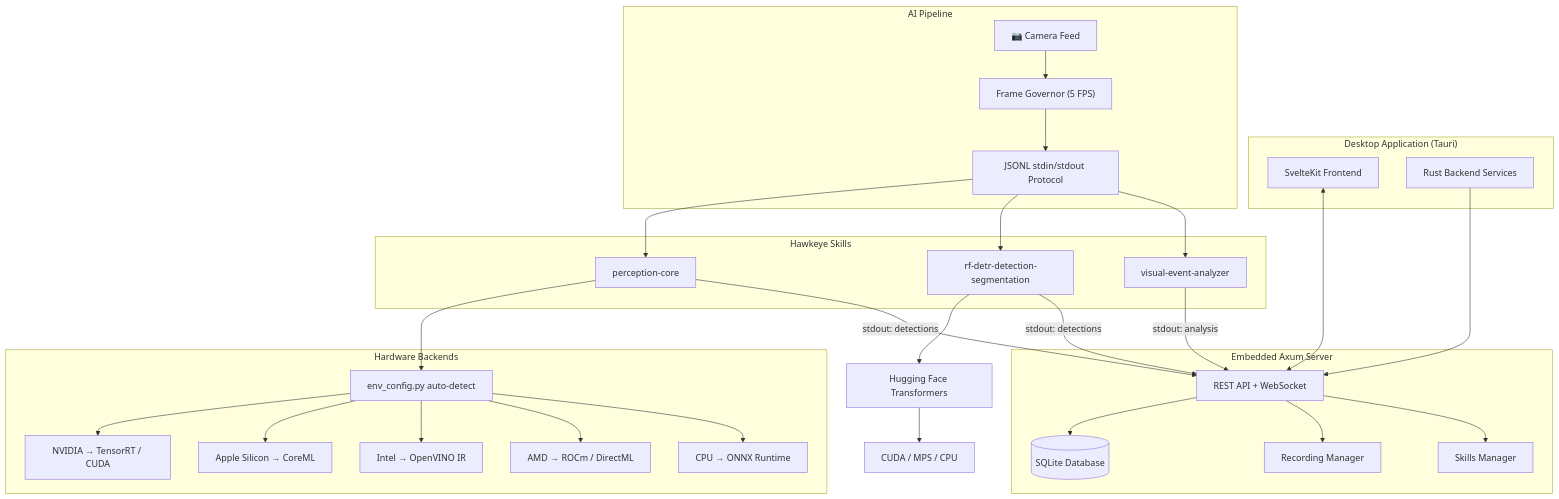
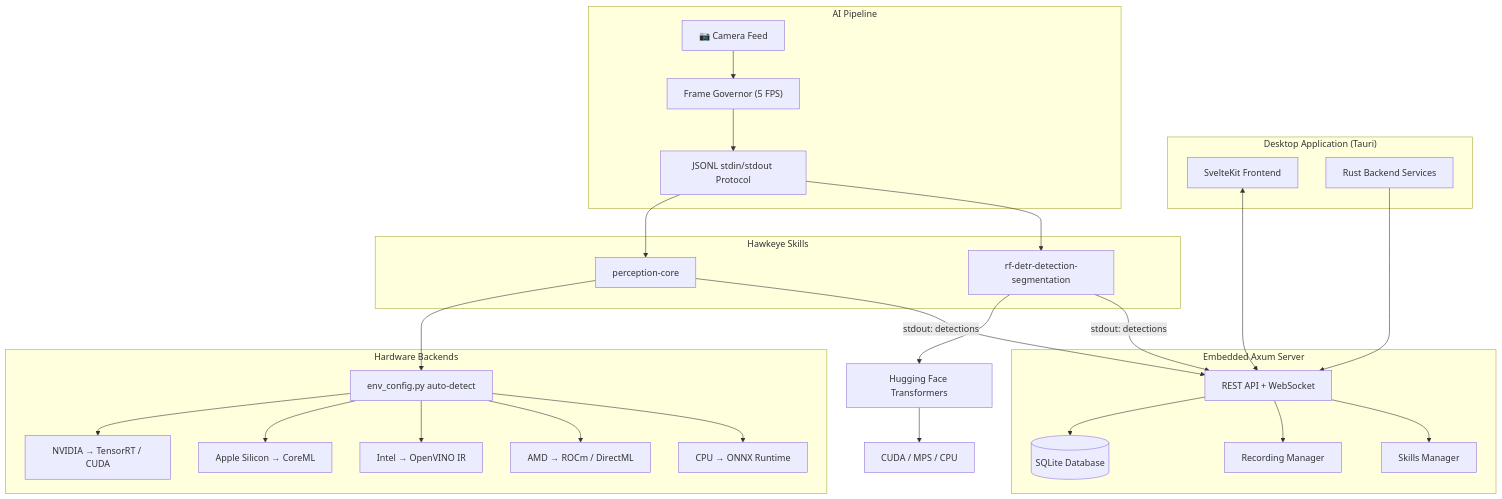
One commit to Nandha-06/Hawkeye-Surv-NVR changed the first of 2 diagrams in README.md. Above: the diagram before and after it, drawn with Mermaid. The commit also changed other lines of this file and 46 other files, not shown here.

````diff
--- a/README.md
+++ b/README.md
@@ -23,60 +23,57 @@
 ```mermaid
 flowchart TB
     subgraph Desktop["Desktop Application (Tauri)"]
         UI[SvelteKit Frontend]
         RS[Rust Backend Services]
     end
 
     subgraph Server["Embedded Axum Server"]
         API[REST API + WebSocket]
         REC[Recording Manager]
         SM[Skills Manager]
         DB[(SQLite Database)]
     end
 
     subgraph Pipeline["AI Pipeline"]
         CAM["📷 Camera Feed"]
         GOV["Frame Governor (5 FPS)"]
         PROTO["JSONL stdin/stdout Protocol"]
     end
 
     subgraph Skills["Hawkeye Skills"]
         PCORE["perception-core"]
         RFD["rf-detr-detection-segmentation"]
-        VEA["visual-event-analyzer"]
     end
 
     subgraph Backends["Hardware Backends"]
         ENV["env_config.py auto-detect"]
         TRT["NVIDIA → TensorRT / CUDA"]
         CML["Apple Silicon → CoreML"]
         OVIR["Intel → OpenVINO IR"]
         ROCM["AMD → ROCm / DirectML"]
         ONNX["CPU → ONNX Runtime"]
     end
 
     UI <---> API
     RS --> API
     API --> DB
     API --> REC
     API --> SM
 
     CAM --> GOV
     GOV --> PROTO
     PROTO --> PCORE
     PROTO --> RFD
-    PROTO --> VEA
 
     PCORE --> ENV
     RFD --> HF["Hugging Face Transformers"]
     ENV --> TRT
     ENV --> CML
     ENV --> OVIR
     ENV --> ROCM
     ENV --> ONNX
     HF --> CUDA2["CUDA / MPS / CPU"]
 
     PCORE --> |"stdout: detections"| API
     RFD --> |"stdout: detections"| API
-    VEA --> |"stdout: analysis"| API
 ```
````
